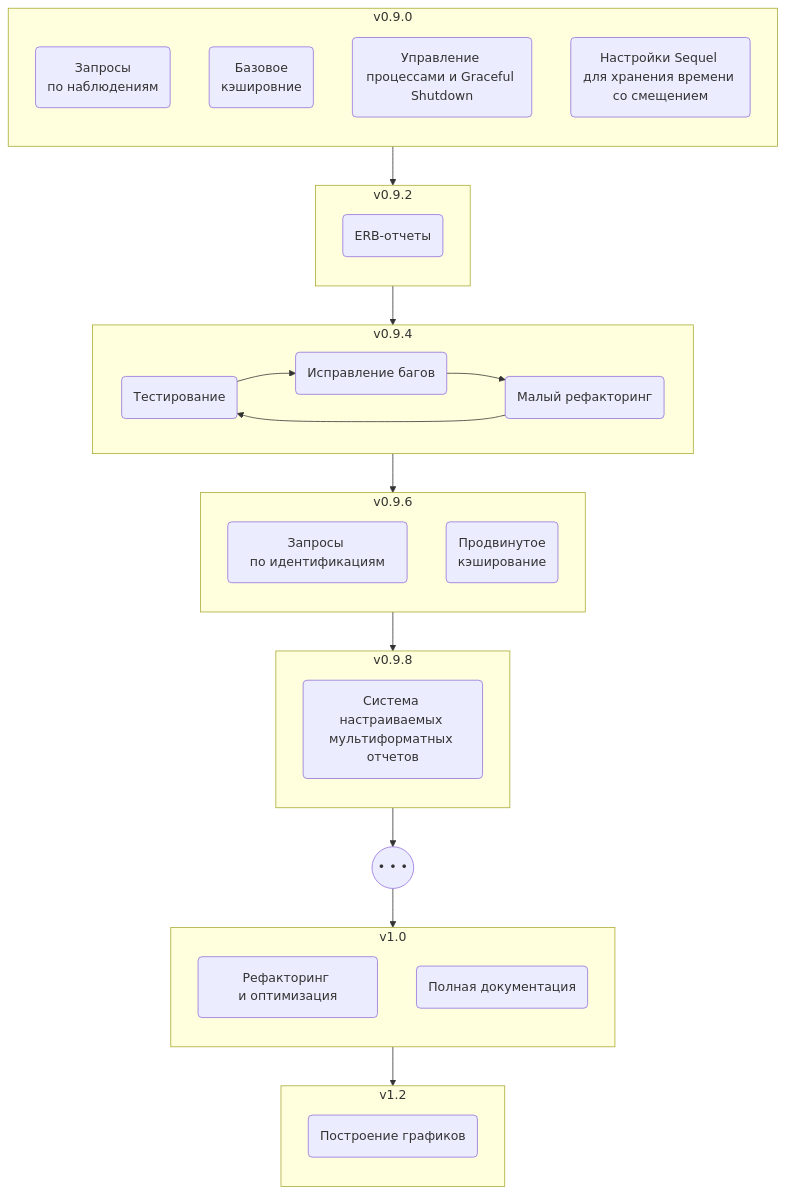
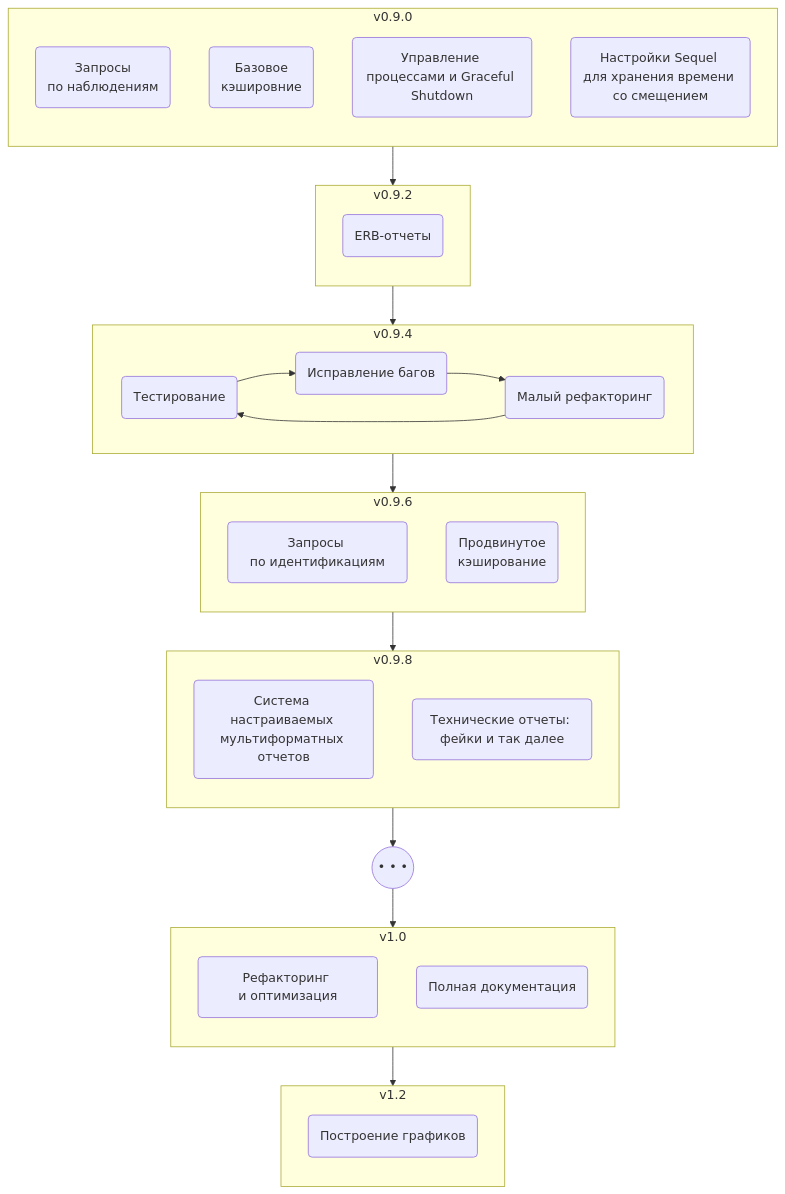
The diagram in share/inat-get/docs/roadmap.md (inat-get/inat-get), drawn with Mermaid before and after one commit. The commit also changed 1 other file, not shown here.

Commit message:
Пт 20 фев 2026 05:51:08 +05

````diff
--- a/share/inat-get/docs/roadmap.md
+++ b/share/inat-get/docs/roadmap.md
@@ -2,59 +2,60 @@
 ```mermaid
 flowchart TB
 
   subgraph R090 ["v0.9.0"]
     direction TB
     Observs("Запросы<br>по наблюдениям")
     Caching("Базовое<br>кэшировние")
     Shutdown("Управление процессами и Graceful Shutdown")
     Timing("Настройки Sequel для хранения времени со смещением")
   end
 
   subgraph R092 ["v0.9.2"]
     direction TB
     ERB("ERB-отчеты")
   end
 
   subgraph R094 ["v0.9.4"]
     direction LR
     Testing("Тестирование")
     Debugging("Исправление багов")
     Ref1("Малый рефакторинг")
   end
 
   subgraph R096 ["v0.9.6"]
     direction TB
     Idents("Запросы по идентификациям")
     AdvCaching("Продвинутое<br>кэширование")
   end
 
   subgraph R098 ["v0.9.8"]
     direction TB
     Reporting("Система настраиваемых мультиформатных отчетов")
+    TechReps("Технические отчеты: фейки и так далее")
   end
 
   Smth(("• • •"))
 
   subgraph R100 ["v1.0"]
     direction TB
     Refactoring("Рефакторинг и оптимизация")
     Documenting("Полная документация")
   end
 
   subgraph R120 ["v1.2"]
     direction TB
     Graphics("Построение графиков")
   end
 
   R090 --> R092
   R092 --> R094
   R094 --> R096
   R096 --> R098
   R098 --> Smth
   Smth --> R100
   R100 --> R120
 
   Testing --> Debugging
   Debugging --> Ref1
   Ref1 --> Testing
 ```
````
